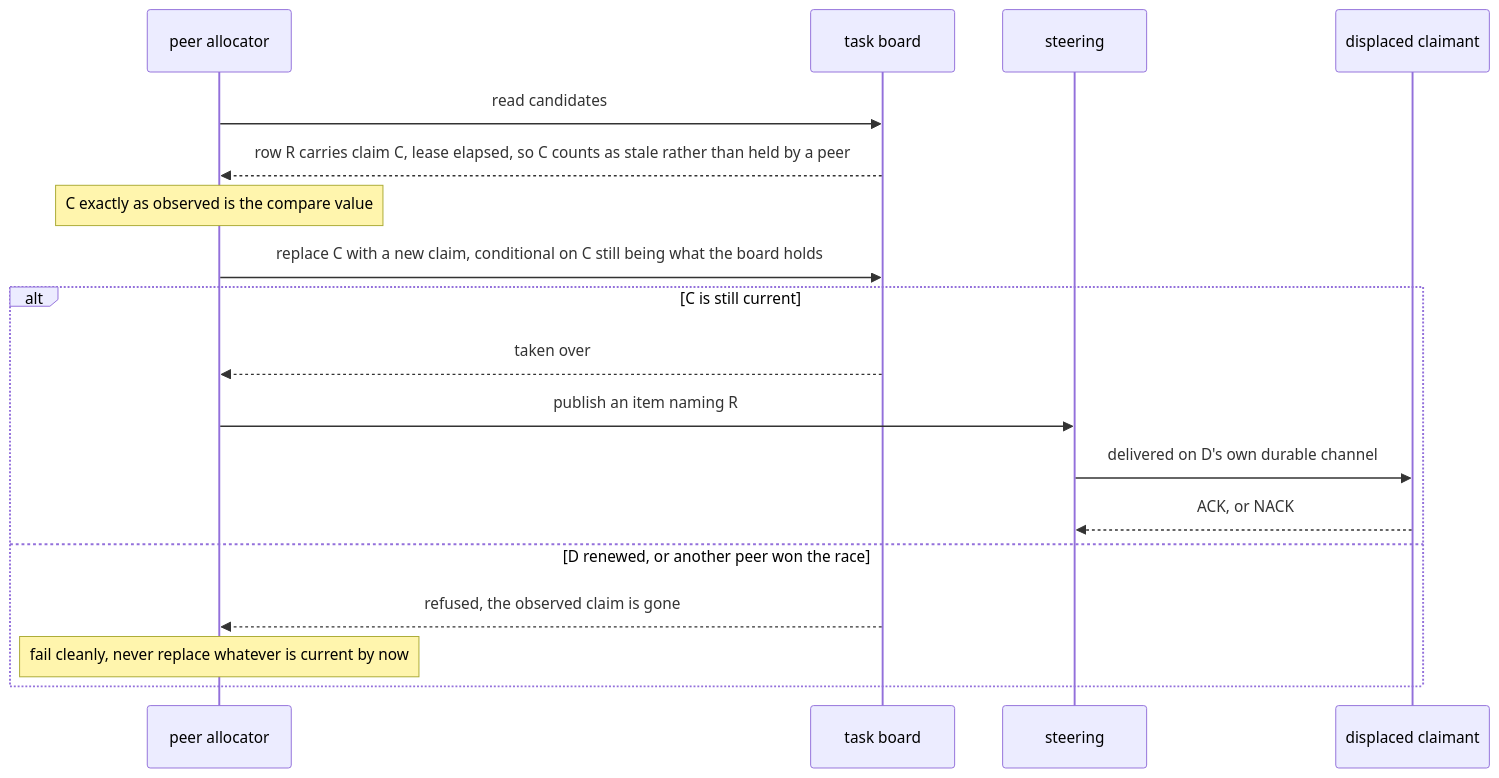
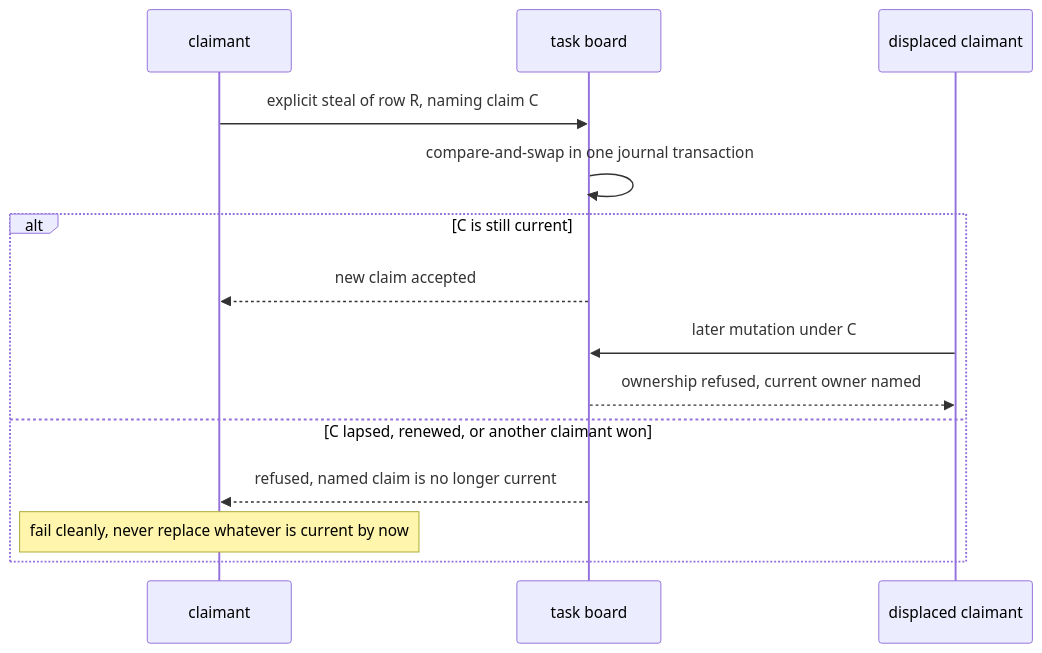
One commit to infimalabs/spice-rust changed the seventh of 19 diagrams in docs/product/model/states.md. Above: the diagram before and after it, drawn with Mermaid. The commit also changed other lines of this file and 71 other files, not shown here.

````diff
--- a/docs/product/model/states.md
+++ b/docs/product/model/states.md
@@ -111,20 +175,16 @@
 ```mermaid
 sequenceDiagram
-  participant P as peer allocator
+  participant P as claimant
   participant B as task board
-  participant S as steering
   participant D as displaced claimant
-  P->>B: read candidates
-  B-->>P: row R carries claim C, lease elapsed, so C counts as stale rather than held by a peer
-  Note over P: C exactly as observed is the compare value
-  P->>B: replace C with a new claim, conditional on C still being what the board holds
+  P->>B: explicit steal of row R, naming claim C
+  B->>B: compare-and-swap in one journal transaction
   alt C is still current
-    B-->>P: taken over
-    P->>S: publish an item naming R
-    S->>D: delivered on D's own durable channel
-    D-->>S: ACK, or NACK
-  else D renewed, or another peer won the race
-    B-->>P: refused, the observed claim is gone
+    B-->>P: new claim accepted
+    D->>B: later mutation under C
+    B-->>D: ownership refused, current owner named
+  else C lapsed, renewed, or another claimant won
+    B-->>P: refused, named claim is no longer current
     Note over P: fail cleanly, never replace whatever is current by now
   end
 ```
````
